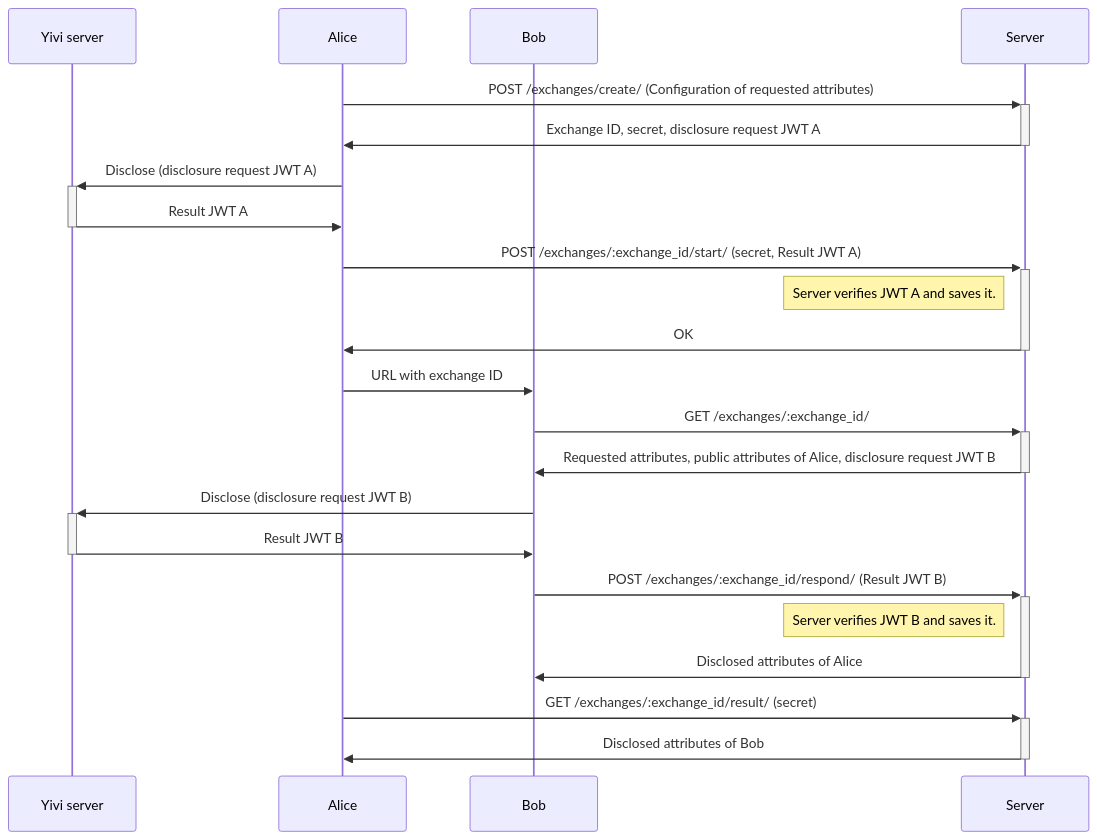
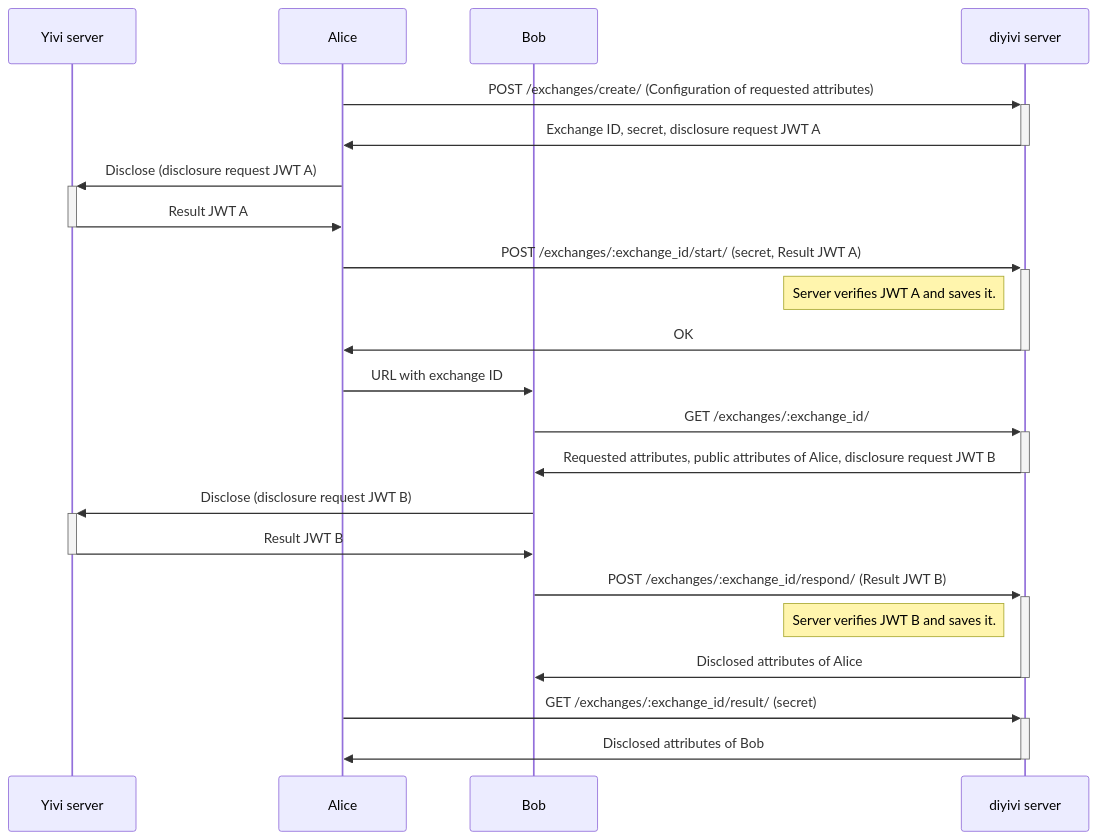
One commit to DeD1rk/diyivi changed the diagram in docs/exchanges.md. Above: the diagram before and after it, drawn with Mermaid. The commit also changed other lines of this file, not shown here.

````diff
--- a/docs/exchanges.md
+++ b/docs/exchanges.md
@@ -174,35 +49,34 @@
 ```mermaid
 sequenceDiagram
     participant yivi as Yivi server
     participant A as Alice
     participant B as Bob
-    participant server as Server
+    participant server as diyivi server
 
     A ->>+ server: POST /exchanges/create/ (Configuration of requested attributes)
     server ->>- A: Exchange ID, secret, disclosure request JWT A
 
     A ->>+ yivi: Disclose (disclosure request JWT A)
     yivi ->>- A: Result JWT A
 
     A ->>+ server: POST /exchanges/:exchange_id/start/ (secret, Result JWT A)
     note left of server: Server verifies JWT A and saves it.
     server ->>- A: OK
 
 
     A ->> B: URL with exchange ID
 
 
     B ->>+ server: GET /exchanges/:exchange_id/
     server ->>- B: Requested attributes, public attributes of Alice, disclosure request JWT B
 
     B ->>+ yivi: Disclose (disclosure request JWT B)
     yivi ->>- B: Result JWT B
 
     B ->>+ server: POST /exchanges/:exchange_id/respond/ (Result JWT B)
     note left of server: Server verifies JWT B and saves it.
     server ->>- B: Disclosed attributes of Alice
 
     A ->>+ server: GET /exchanges/:exchange_id/result/ (secret)
     server ->>- A: Disclosed attributes of Bob
-
 ```
````
